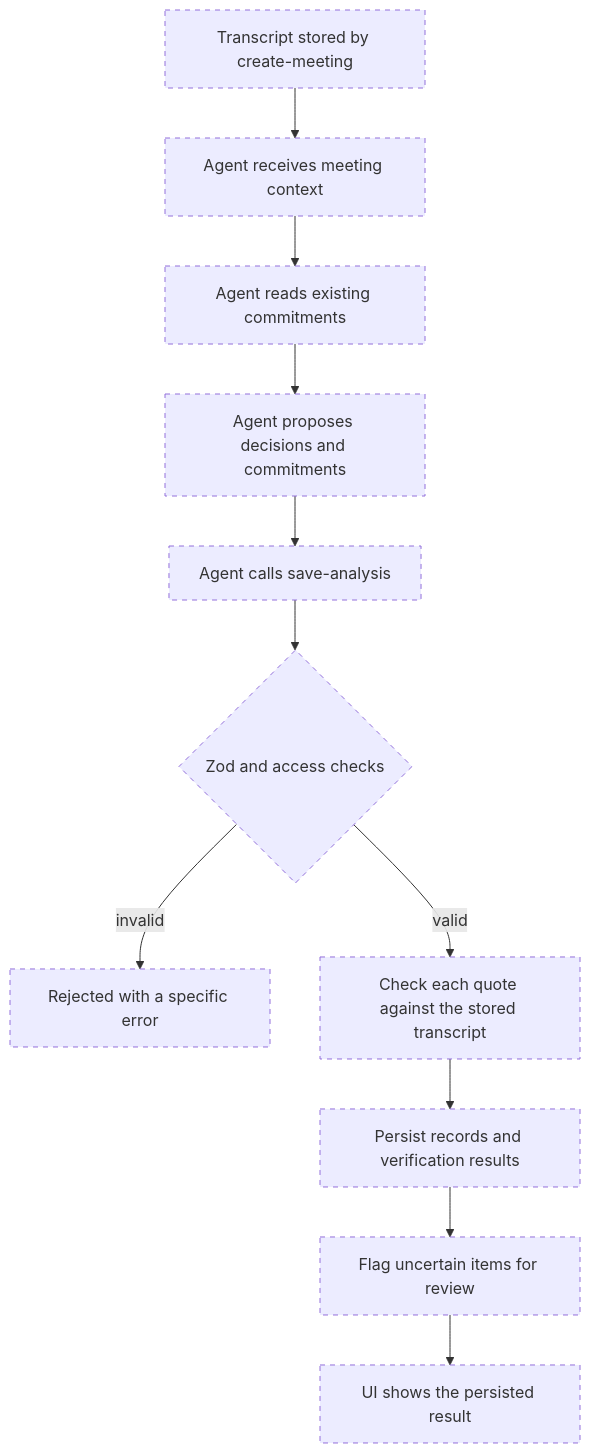
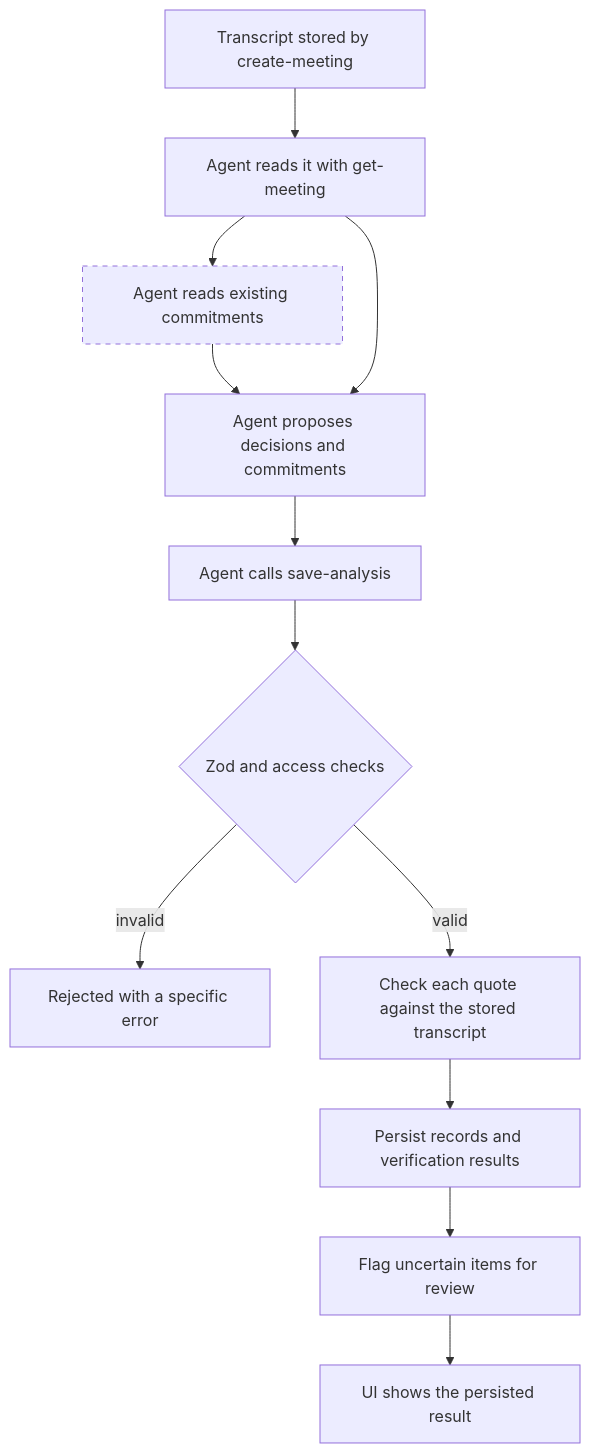
Before and after one commit to Chirag878/Pactlane: the third of 6 diagrams in docs/ARCHITECTURE.md, drawn with Mermaid. The commit also changed other lines of this file and 4 other files, not shown here.

Commit message:
docs: document Phase 1 architecture and agent behavior

````diff
--- a/docs/ARCHITECTURE.md
+++ b/docs/ARCHITECTURE.md
@@ -167,14 +180,15 @@
 ```mermaid
 flowchart TD
-  A[Transcript stored by create-meeting]:::planned --> B[Agent receives meeting context]:::planned
+  A[Transcript stored by create-meeting] --> B[Agent reads it with get-meeting]
   B --> C[Agent reads existing commitments]:::planned
-  C --> D[Agent proposes decisions and commitments]:::planned
-  D --> E[Agent calls save-analysis]:::planned
-  E --> F{Zod and access checks}:::planned
-  F -- invalid --> R[Rejected with a specific error]:::planned
-  F -- valid --> G[Check each quote against the stored transcript]:::planned
-  G --> H[Persist records and verification results]:::planned
-  H --> I[Flag uncertain items for review]:::planned
-  I --> J[UI shows the persisted result]:::planned
+  C --> D[Agent proposes decisions and commitments]
+  B --> D
+  D --> E[Agent calls save-analysis]
+  E --> F{Zod and access checks}
+  F -- invalid --> R[Rejected with a specific error]
+  F -- valid --> G[Check each quote against the stored transcript]
+  G --> H[Persist records and verification results]
+  H --> I[Flag uncertain items for review]
+  I --> J[UI shows the persisted result]
   classDef planned stroke-dasharray: 5 5
 ```
````
